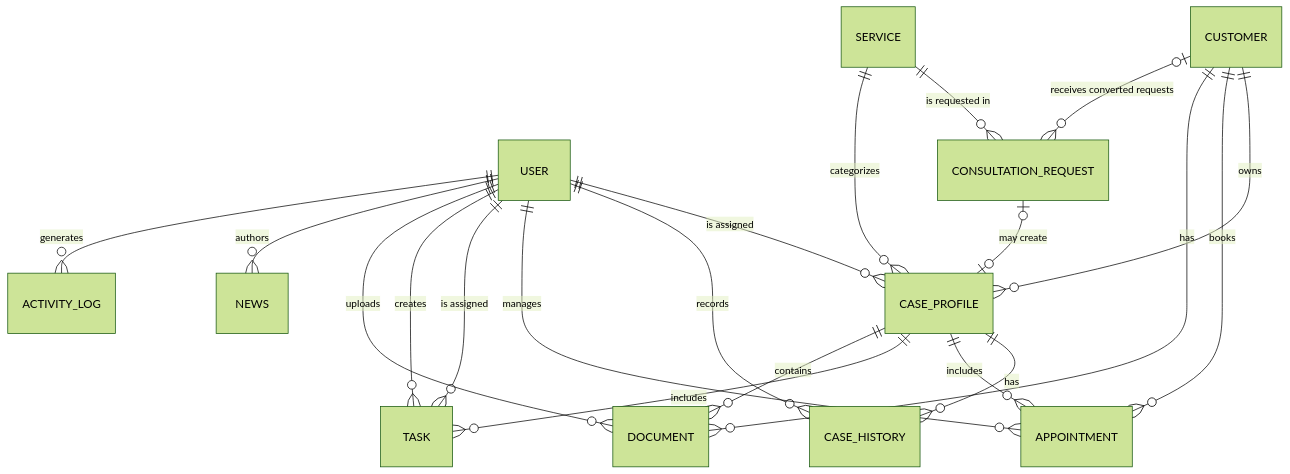
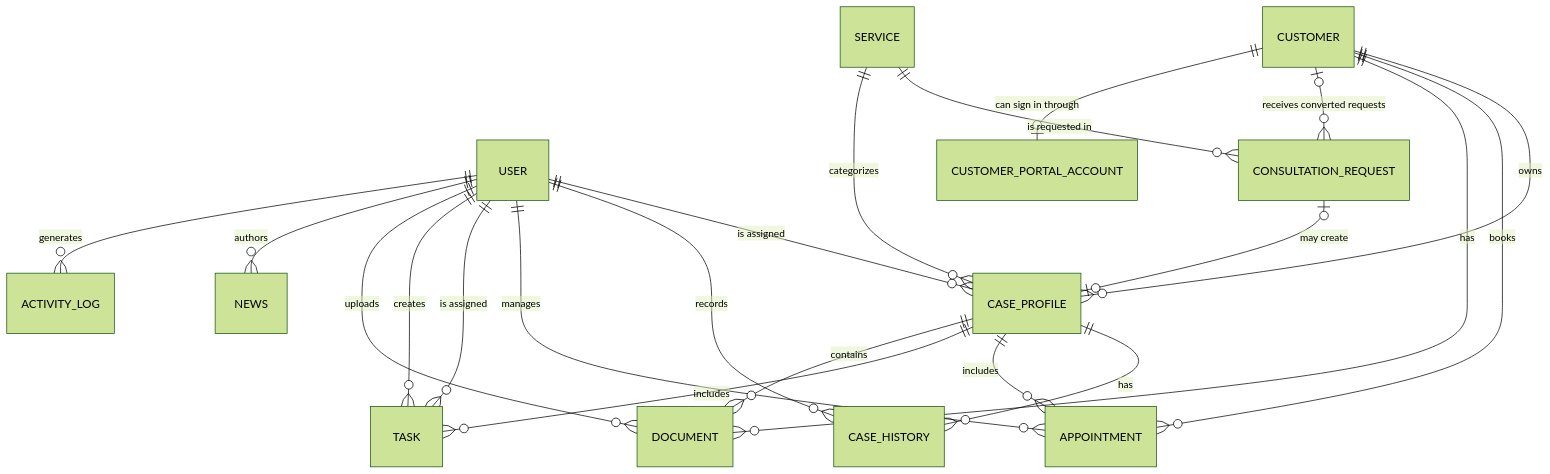
Before and after one commit to Ductri2006/Consulting-crm-system: the diagram in docs/database-design.md, drawn with Mermaid (forest theme). The commit also changed other lines of this file and 37 other files, not shown here.

Commit message:
Add customer portal foundation

````diff
--- a/docs/database-design.md
+++ b/docs/database-design.md
@@ -61,26 +62,27 @@
 ```mermaid
 erDiagram
   USER ||--o{ CASE_PROFILE : "is assigned"
   USER ||--o{ CASE_HISTORY : "records"
   USER ||--o{ APPOINTMENT : "manages"
   USER ||--o{ TASK : "is assigned"
   USER ||--o{ TASK : "creates"
   USER ||--o{ DOCUMENT : "uploads"
   USER ||--o{ NEWS : "authors"
   USER ||--o{ ACTIVITY_LOG : "generates"
 
   CUSTOMER ||--o{ CASE_PROFILE : "owns"
   CUSTOMER ||--o{ APPOINTMENT : "books"
   CUSTOMER ||--o{ DOCUMENT : "has"
   CUSTOMER o|--o{ CONSULTATION_REQUEST : "receives converted requests"
+  CUSTOMER ||--o| CUSTOMER_PORTAL_ACCOUNT : "can sign in through"
 
   SERVICE ||--o{ CONSULTATION_REQUEST : "is requested in"
   SERVICE ||--o{ CASE_PROFILE : "categorizes"
 
   CONSULTATION_REQUEST o|--o| CASE_PROFILE : "may create"
 
   CASE_PROFILE ||--o{ CASE_HISTORY : "has"
   CASE_PROFILE ||--o{ APPOINTMENT : "includes"
   CASE_PROFILE ||--o{ TASK : "includes"
   CASE_PROFILE ||--o{ DOCUMENT : "contains"
 ```
````
